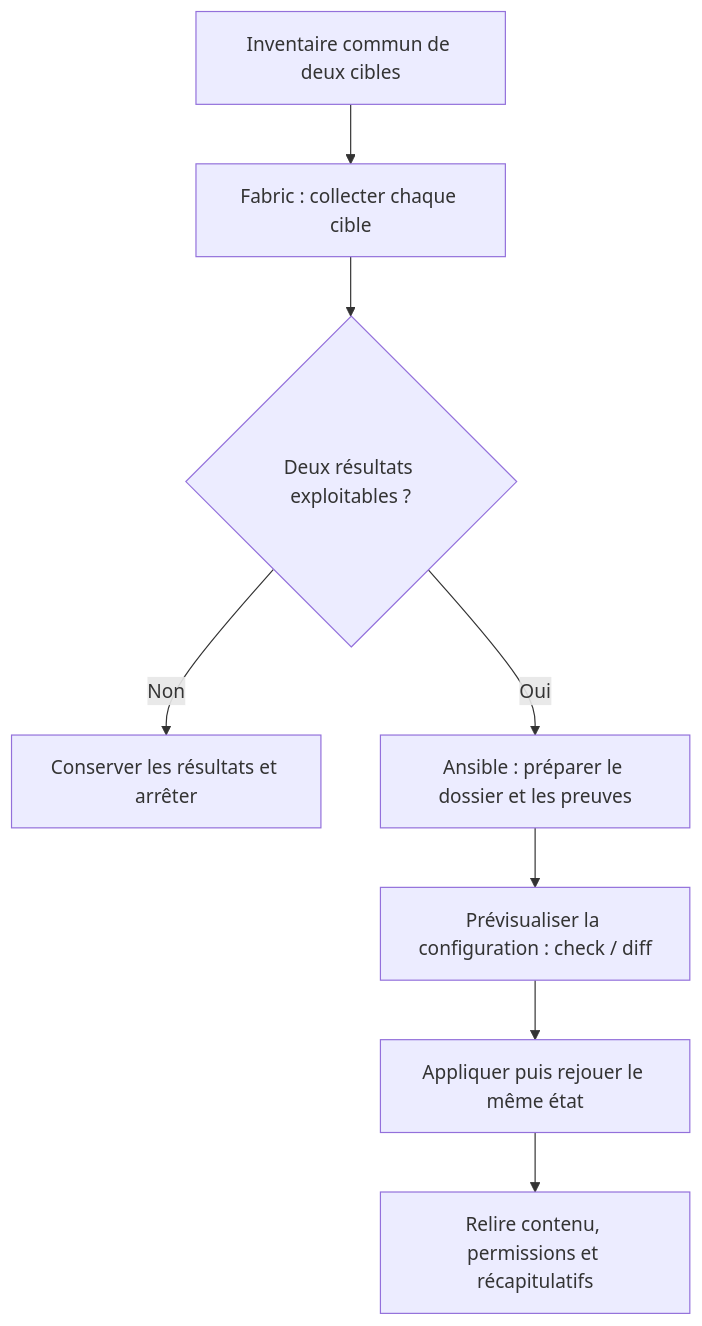
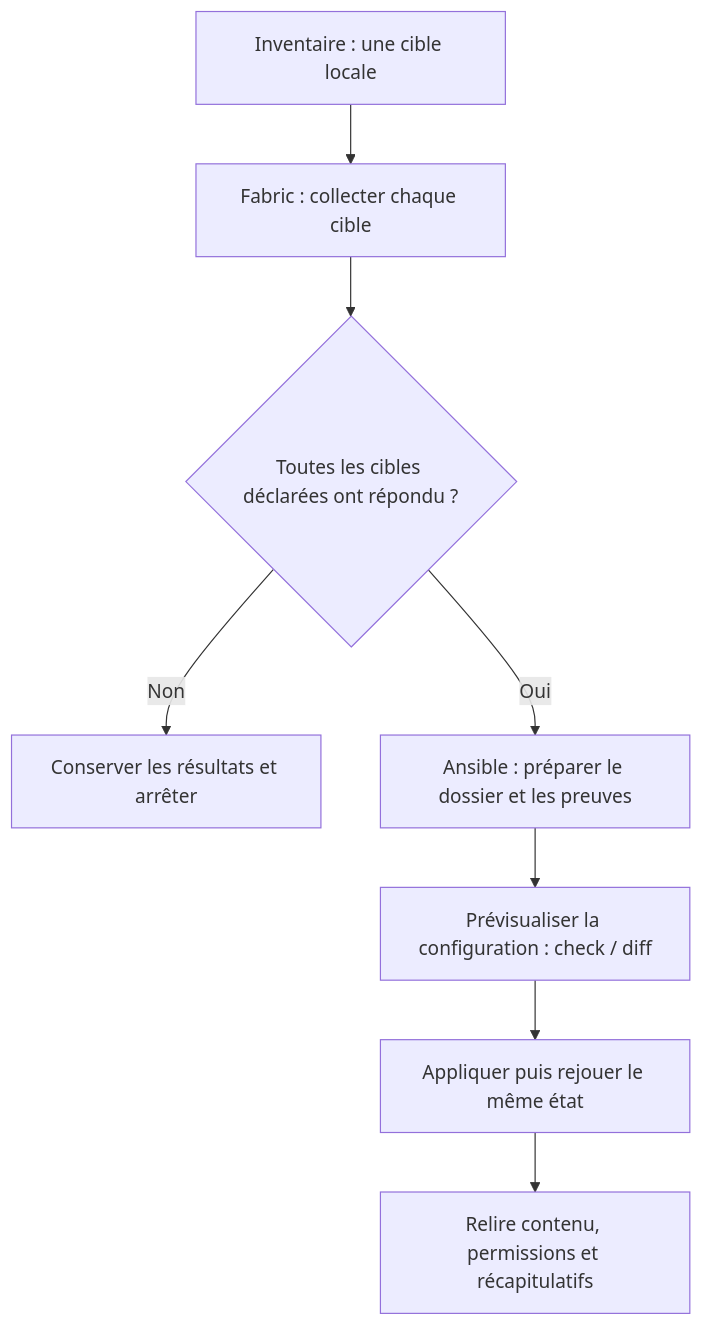
One commit to lapeyrade/formation-python changed the second of 3 diagrams in ateliers/06/README.md. Above: the diagram before and after it, drawn with Mermaid. The commit also changed other lines of this file and 20 other files, not shown here.

````diff
--- a/ateliers/06/README.md
+++ b/ateliers/06/README.md
@@ -192,12 +197,12 @@
 ```mermaid
 flowchart TD
   accTitle: Collecter puis vérifier un état distant
-  accDescr: Fabric collecte les deux cibles. Une collecte incomplète est conservée et bloque la suite. Après une collecte complète, le pilote Ansible prépare le dossier et les preuves, puis prévisualise, applique et rejoue la configuration avant de vérifier contenu et permissions.
-  I["Inventaire commun de deux cibles"] --> F["Fabric : collecter chaque cible"]
-  F --> C{"Deux résultats exploitables ?"}
+  accDescr: Fabric collecte les cibles configurées. Une collecte incomplète est conservée et bloque la suite. Après une collecte complète, le pilote Ansible prépare le dossier et les preuves, puis prévisualise, applique et rejoue la configuration avant de vérifier contenu et permissions.
+  I["Inventaire : une cible locale"] --> F["Fabric : collecter chaque cible"]
+  F --> C{"Toutes les cibles déclarées ont répondu ?"}
   C -->|Non| E["Conserver les résultats et arrêter"]
   C -->|Oui| D["Ansible : préparer le dossier et les preuves"]
   D --> P["Prévisualiser la configuration : check / diff"]
   P --> A["Appliquer puis rejouer le même état"]
   A --> V["Relire contenu, permissions et récapitulatifs"]
 ```
````
